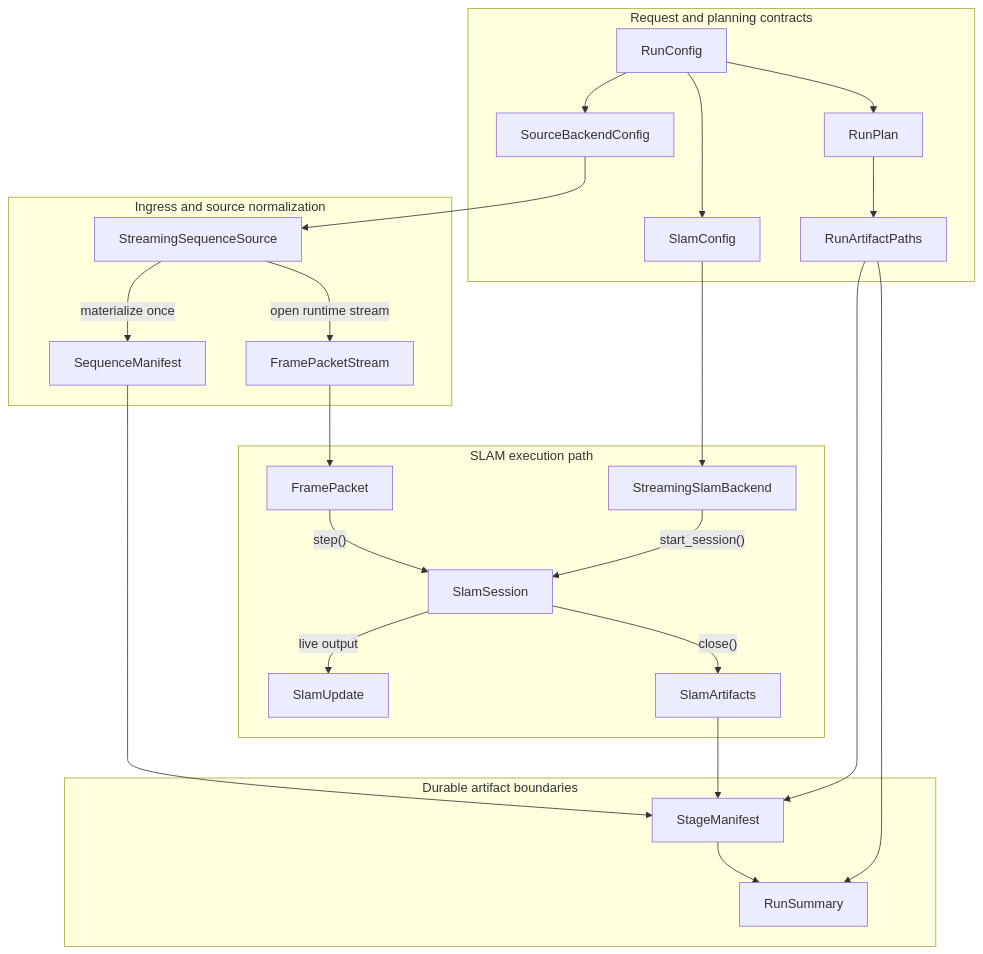
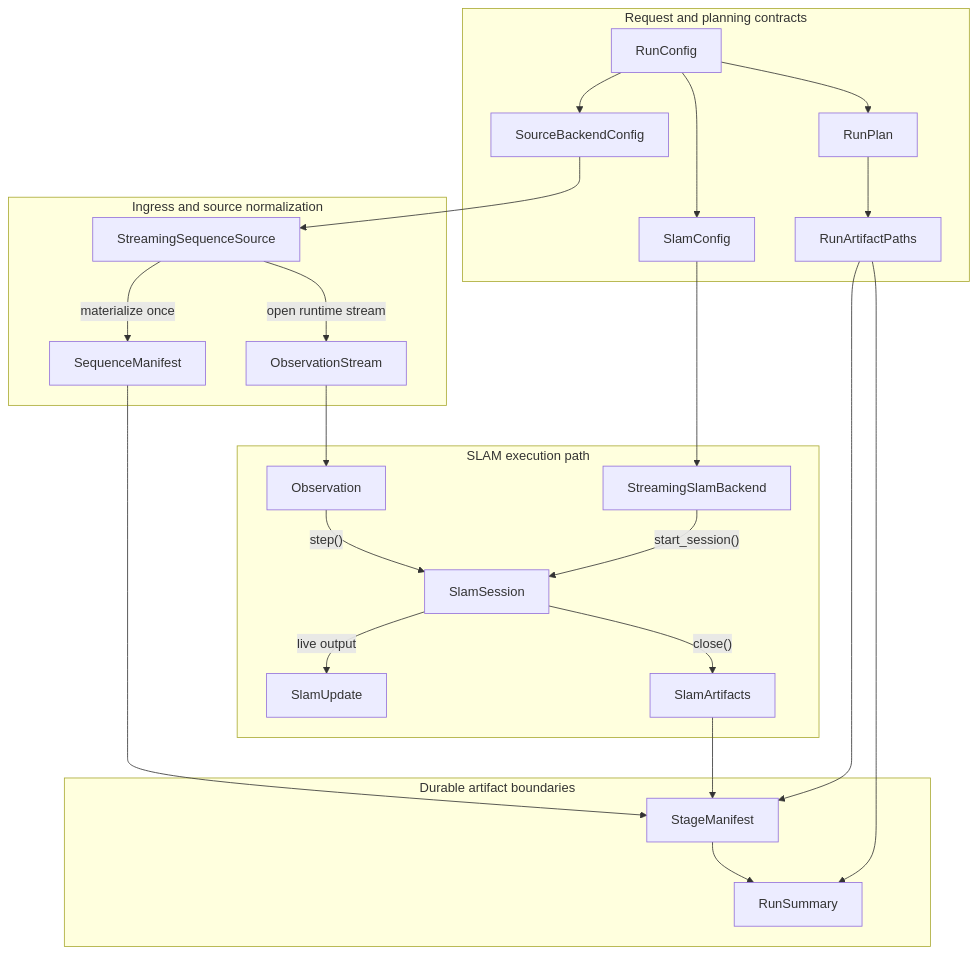
One commit to JanDuchscherer104/prml-vslam changed the diagram in docs/figures/mermaid/mermaid_pipeline_boundaries.mmd. Above: the diagram before and after it, drawn with Mermaid. The commit also changed 178 other files, not shown here.

```diff
--- a/docs/figures/mermaid/mermaid_pipeline_boundaries.mmd
+++ b/docs/figures/mermaid/mermaid_pipeline_boundaries.mmd
@@ -1,45 +1,45 @@
 flowchart TD
     subgraph request["Request and planning contracts"]
         Request["RunConfig"]
         SourceCfg["SourceBackendConfig"]
         SlamCfg["SlamConfig"]
         Plan["RunPlan"]
         Paths["RunArtifactPaths"]
         Request --> SourceCfg
         Request --> SlamCfg
         Request --> Plan
         Plan --> Paths
     end
 
     subgraph ingress["Ingress and source normalization"]
         Source["StreamingSequenceSource"]
         Manifest["SequenceManifest"]
-        Stream["FramePacketStream"]
+        Stream["ObservationStream"]
         SourceCfg --> Source
         Source -->|"materialize once"| Manifest
         Source -->|"open runtime stream"| Stream
     end
 
     subgraph execution["SLAM execution path"]
         Backend["StreamingSlamBackend"]
         Session["SlamSession"]
-        Packet["FramePacket"]
+        Packet["Observation"]
         Update["SlamUpdate"]
         Artifacts["SlamArtifacts"]
         SlamCfg --> Backend
         Backend -->|"start_session()"| Session
         Stream --> Packet
         Packet -->|"step()"| Session
         Session -->|"live output"| Update
         Session -->|"close()"| Artifacts
     end
 
     subgraph durable["Durable artifact boundaries"]
         StageManifest["StageManifest"]
         Summary["RunSummary"]
         Manifest --> StageManifest
         Artifacts --> StageManifest
         Paths --> StageManifest
         StageManifest --> Summary
         Paths --> Summary
     end
```
